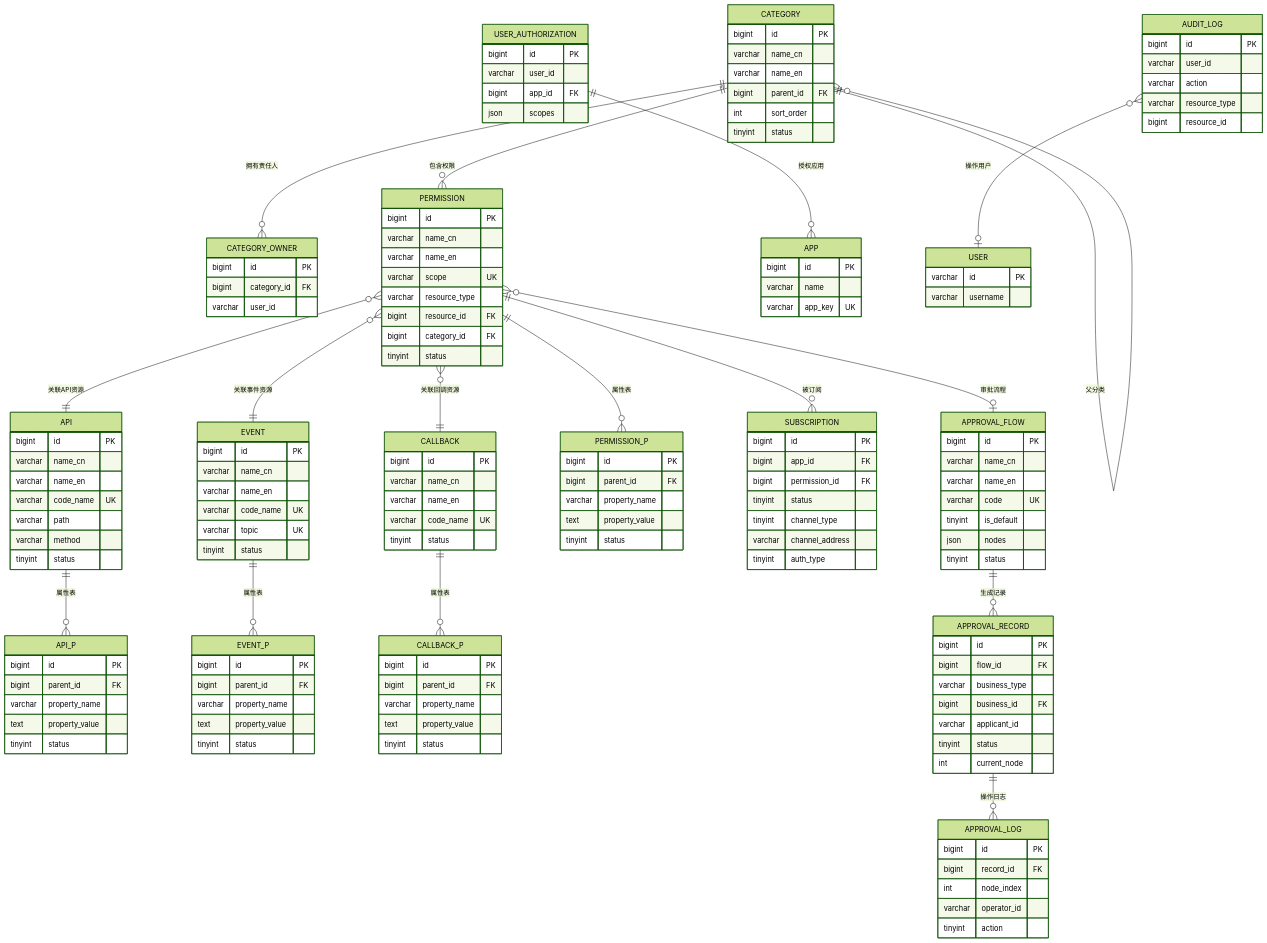
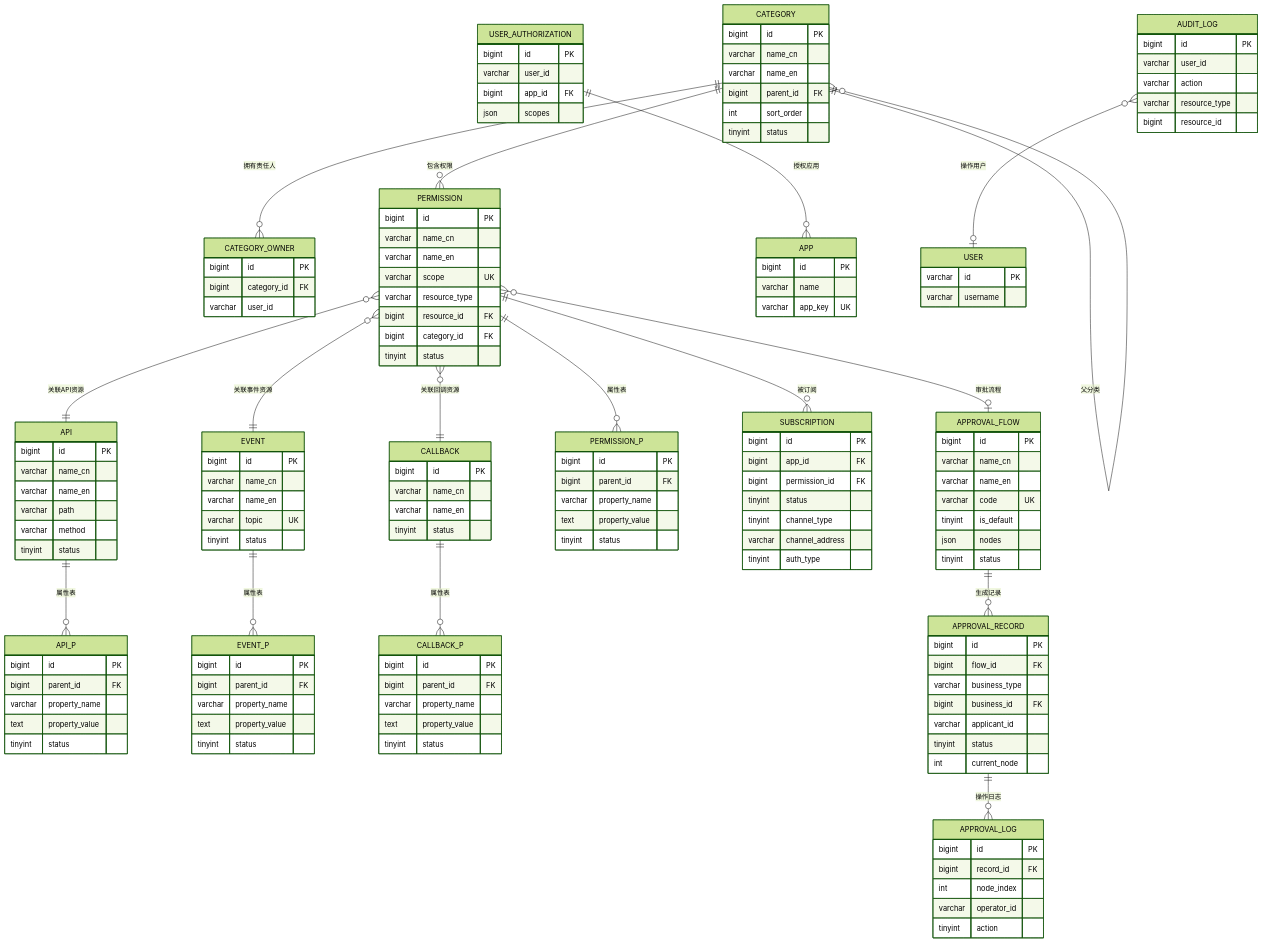
Before and after one commit to THZSummer/open-app: the sixth of 6 diagrams in .sddu/specs-tree-root/specs-tree-capability-open-platform/plan.md, drawn with Mermaid (forest theme). The commit also changed other lines of this file and 1 other file, not shown here.

First line of the commit message:
refactor(plan): 移除 code_name 字段，简化 scope 命名

```diff
--- a/.sddu/specs-tree-root/specs-tree-capability-open-platform/plan.md
+++ b/.sddu/specs-tree-root/specs-tree-capability-open-platform/plan.md
@@ -622,7 +622,6 @@
         bigint id PK
         varchar name_cn
         varchar name_en
-        varchar code_name UK
         varchar path
         varchar method
         tinyint status
@@ -640,7 +639,6 @@
         bigint id PK
         varchar name_cn
         varchar name_en
-        varchar code_name UK
         varchar topic UK
         tinyint status
     }
@@ -657,7 +655,6 @@
         bigint id PK
         varchar name_cn
         varchar name_en
-        varchar code_name UK
         tinyint status
     }
     
```
